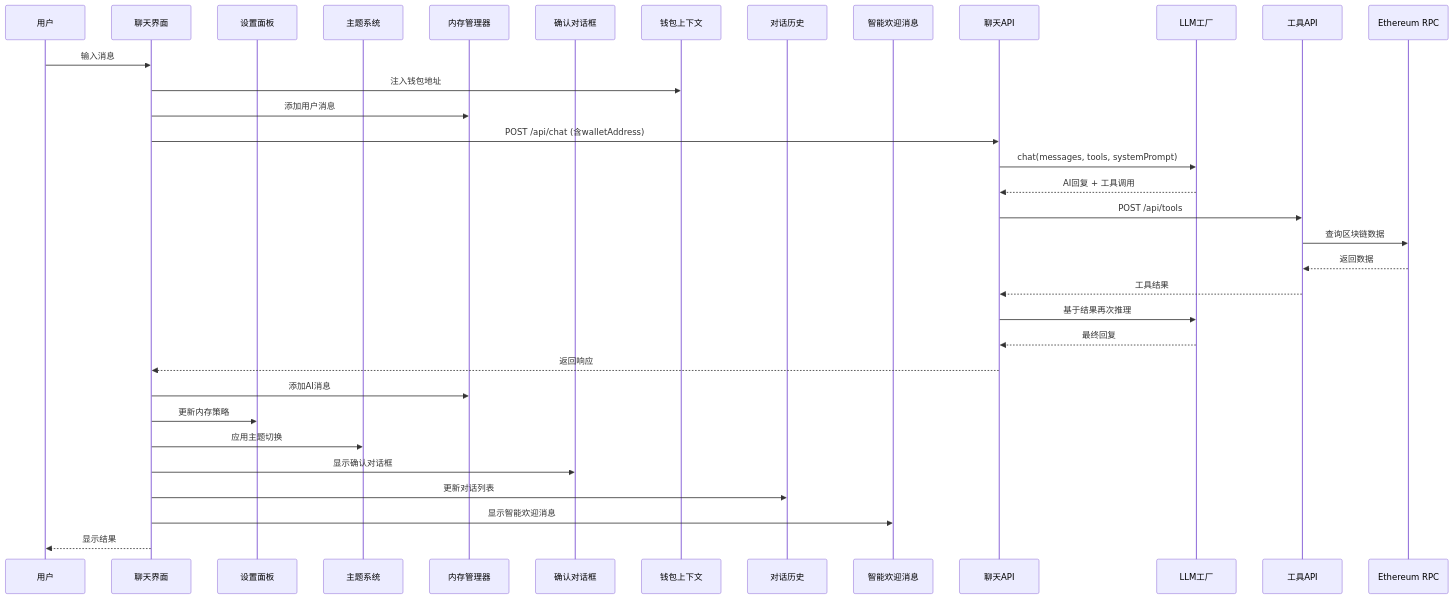
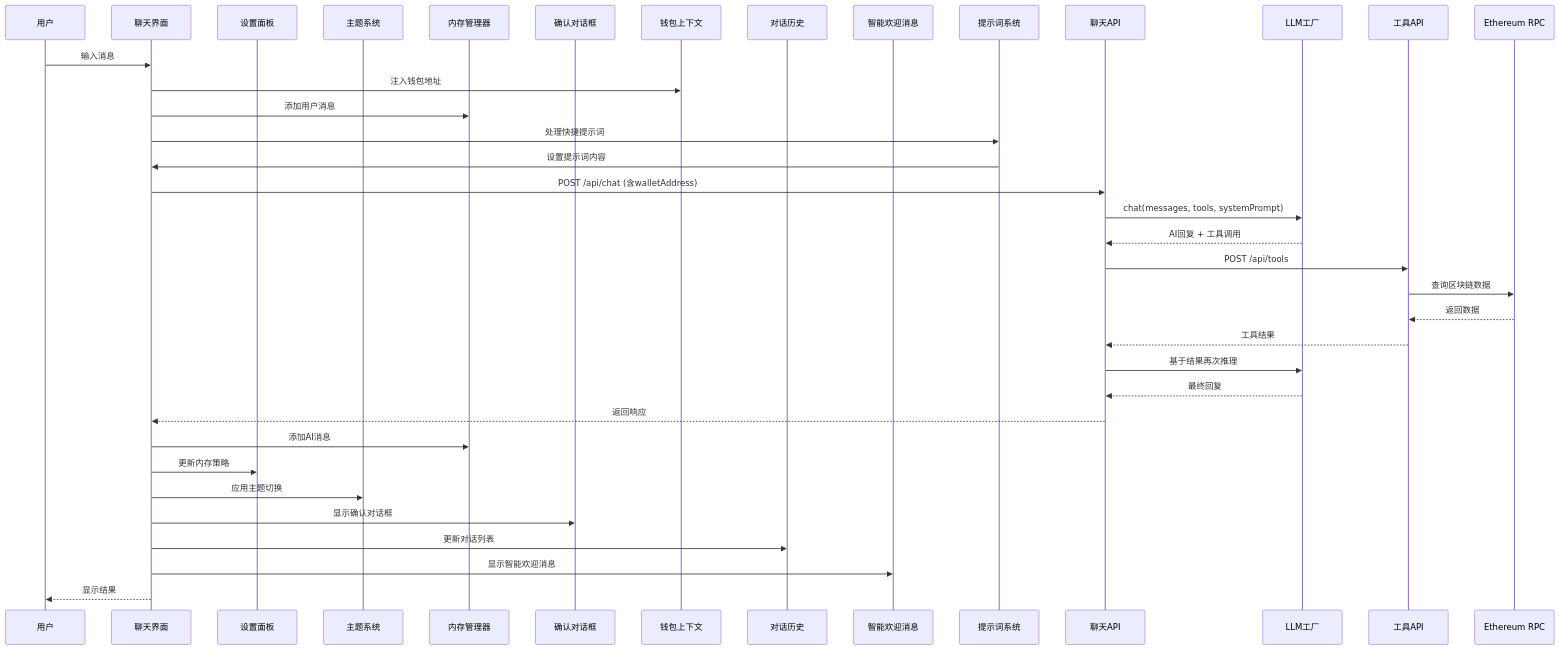
Before and after one commit to CryptoLinxu/Web3-AI-Agent: the fifth of 34 diagrams in .qoder/repowiki/zh/content/项目概述/整体架构概览/Web应用程序/Web应用程序.md, drawn with Mermaid. The commit also changed other lines of this file and 5 other files, not shown here.

````diff
--- a/.qoder/repowiki/zh/content/项目概述/整体架构概览/Web应用程序/Web应用程序.md
+++ b/.qoder/repowiki/zh/content/项目概述/整体架构概览/Web应用程序/Web应用程序.md
@@ -275,36 +284,39 @@
 ```mermaid
 sequenceDiagram
 participant User as 用户
 participant UI as 聊天界面
 participant Settings as 设置面板
 participant Theme as 主题系统
 participant Memory as 内存管理器
 participant Dialog as 确认对话框
 participant Wallet as 钱包上下文
 participant History as 对话历史
 participant Welcome as 智能欢迎消息
+participant Prompt as 提示词系统
 participant ChatAPI as 聊天API
 participant LLM as LLM工厂
 participant ToolsAPI as 工具API
 participant RPC as Ethereum RPC
 User->>UI : 输入消息
 UI->>Wallet : 注入钱包地址
 UI->>Memory : 添加用户消息
+UI->>Prompt : 处理快捷提示词
+Prompt->>UI : 设置提示词内容
 UI->>ChatAPI : POST /api/chat (含walletAddress)
 ChatAPI->>LLM : chat(messages, tools, systemPrompt)
 LLM-->>ChatAPI : AI回复 + 工具调用
 ChatAPI->>ToolsAPI : POST /api/tools
 ToolsAPI->>RPC : 查询区块链数据
 RPC-->>ToolsAPI : 返回数据
 ToolsAPI-->>ChatAPI : 工具结果
 ChatAPI->>LLM : 基于结果再次推理
 LLM-->>ChatAPI : 最终回复
 ChatAPI-->>UI : 返回响应
 UI->>Memory : 添加AI消息
 UI->>Settings : 更新内存策略
 UI->>Theme : 应用主题切换
 UI->>Dialog : 显示确认对话框
 UI->>History : 更新对话列表
 UI->>Welcome : 显示智能欢迎消息
 UI-->>User : 显示结果
 ```
````
